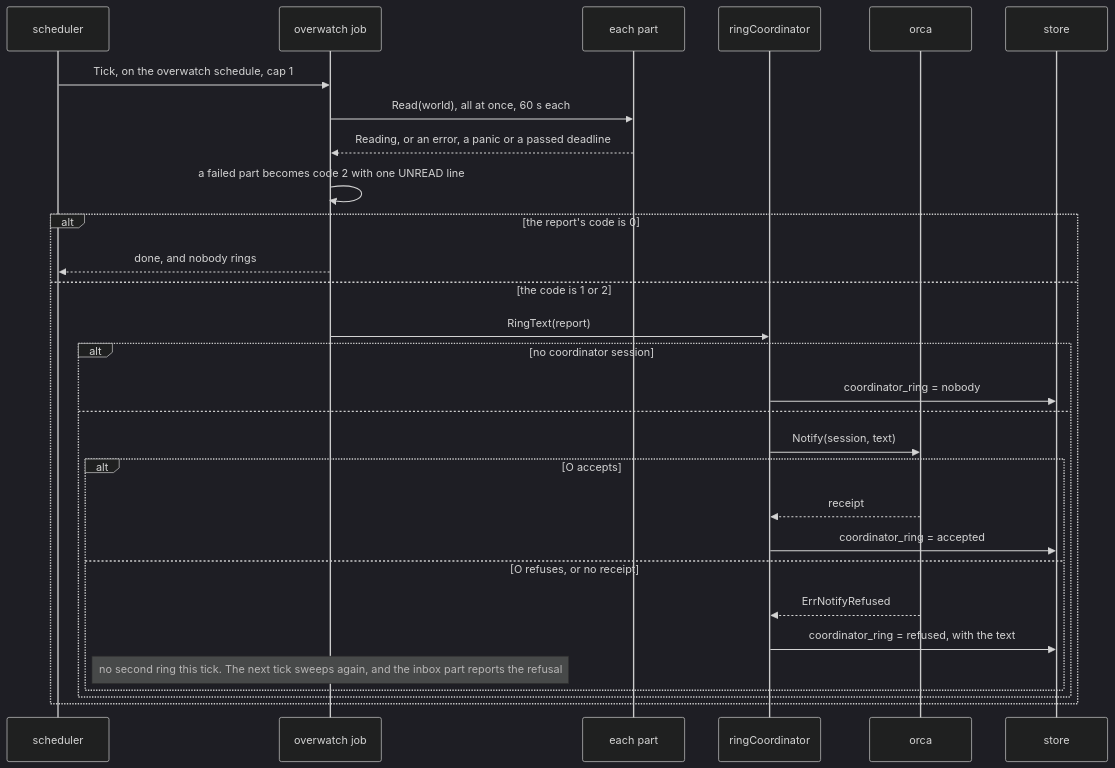
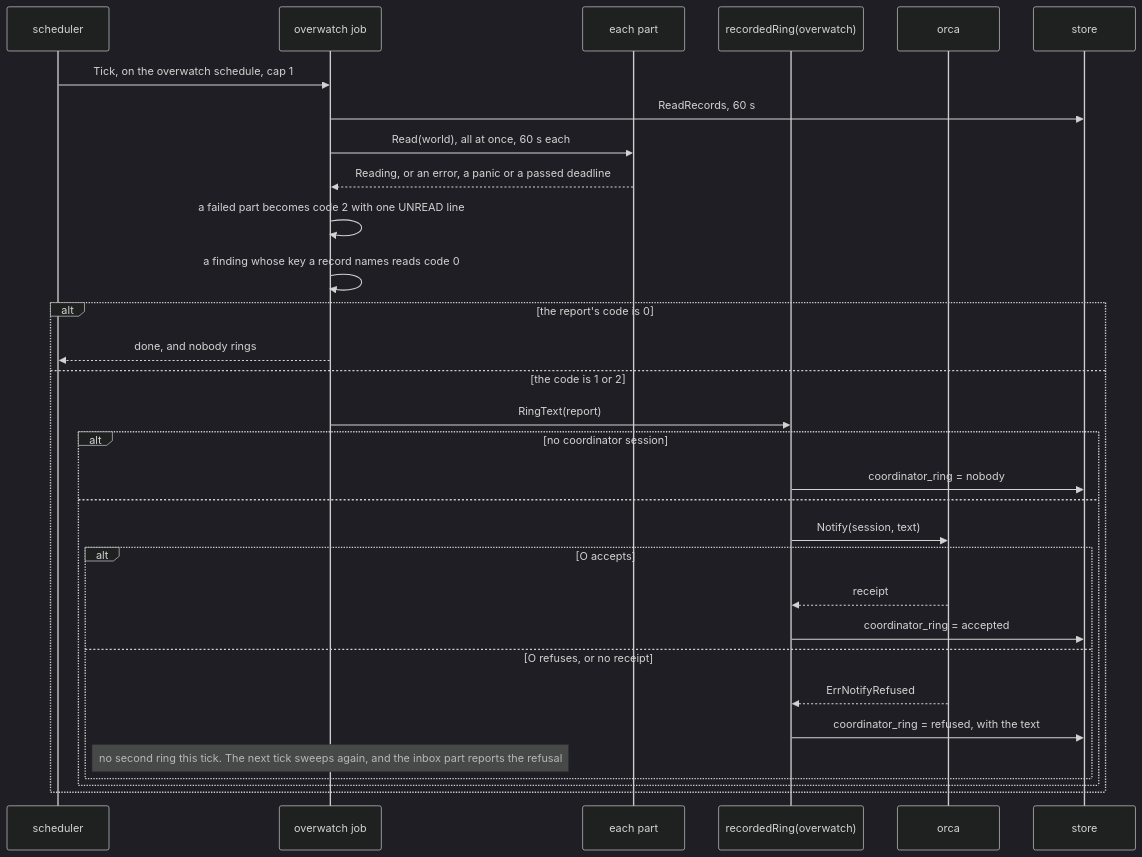
The first of 2 diagrams in docs/plans/factorio-a7r-overwatch-sweep-spec.md (iantanwx/factory), drawn with Mermaid (dark theme) before and after one commit. The commit also changed other lines of this file, not shown here.

````diff
--- a/docs/plans/factorio-a7r-overwatch-sweep-spec.md
+++ b/docs/plans/factorio-a7r-overwatch-sweep-spec.md
@@ -415,31 +603,33 @@
 ```mermaid
 sequenceDiagram
     participant S as scheduler
     participant J as overwatch job
     participant P as each part
-    participant R as ringCoordinator
+    participant R as recordedRing(overwatch)
     participant O as orca
     participant Q as store
     S->>J: Tick, on the overwatch schedule, cap 1
+    J->>Q: ReadRecords, 60 s
     J->>P: Read(world), all at once, 60 s each
     P-->>J: Reading, or an error, a panic or a passed deadline
     J->>J: a failed part becomes code 2 with one UNREAD line
+    J->>J: a finding whose key a record names reads code 0
     alt the report's code is 0
         J-->>S: done, and nobody rings
     else the code is 1 or 2
         J->>R: RingText(report)
         alt no coordinator session
             R->>Q: coordinator_ring = nobody
         else
             R->>O: Notify(session, text)
             alt O accepts
                 O-->>R: receipt
                 R->>Q: coordinator_ring = accepted
             else O refuses, or no receipt
                 O-->>R: ErrNotifyRefused
                 R->>Q: coordinator_ring = refused, with the text
                 Note over J: no second ring this tick. The next tick sweeps again, and the inbox part reports the refusal
             end
         end
     end
 ```
````
